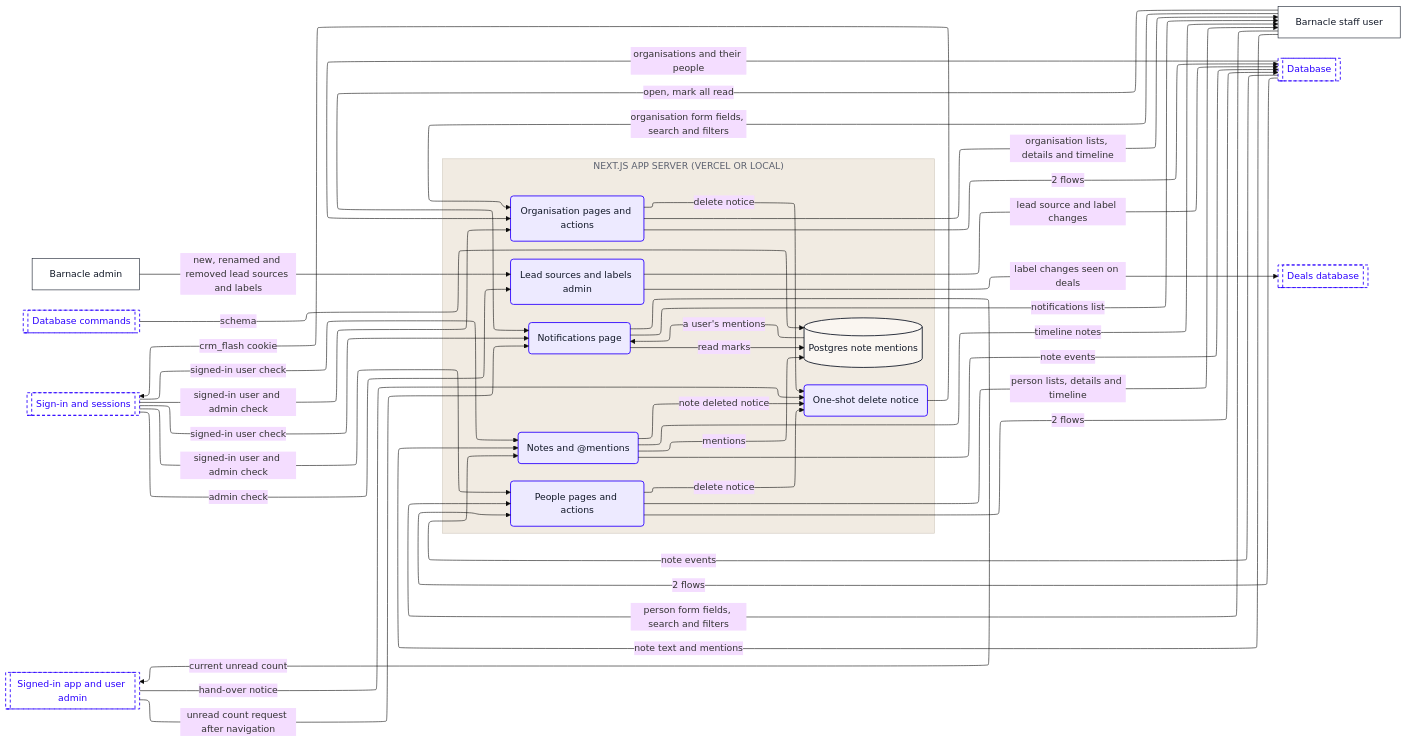
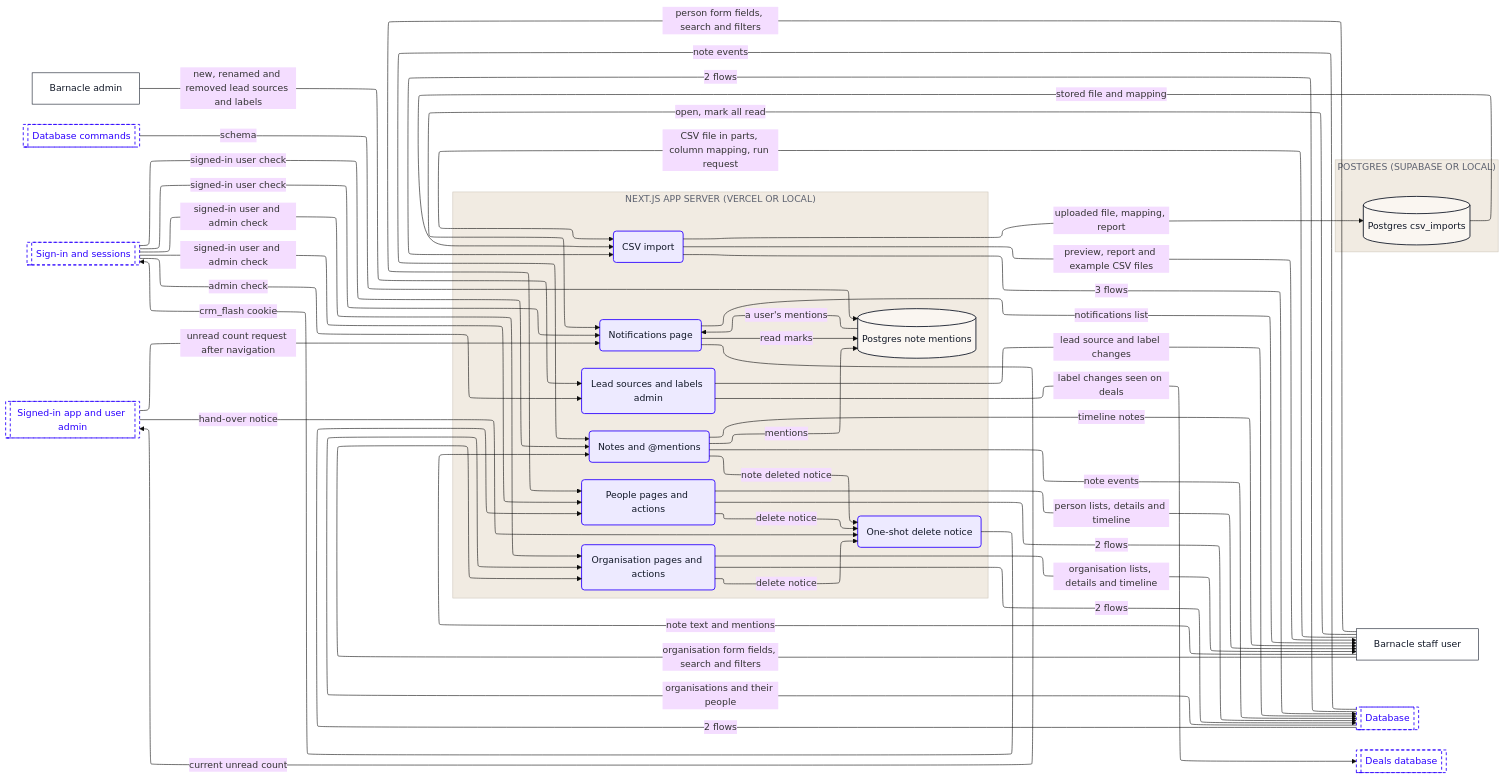
One commit to Romain-Perche/Barnacle-Pipe changed the seventh of 10 diagrams in dataflow/DATAFLOW.md. Above: the diagram before and after it, drawn with Mermaid (base theme). The commit also changed other lines of this file and 7 other files, not shown here.

````diff
--- a/dataflow/DATAFLOW.md
+++ b/dataflow/DATAFLOW.md
@@ -345,67 +346,78 @@
 ```mermaid
 ---
 config:
   layout: elk
 ---
 flowchart LR
     n1["Barnacle admin"]
     n2["Barnacle staff user"]
     subgraph z1["NEXT.JS APP SERVER (VERCEL OR LOCAL)"]
         n3("Lead sources and labels admin")
-        n4[("Postgres note mentions")]
-        n5("Notes and @mentions")
-        n6("Notifications page")
-        n7("Organisation pages and actions")
-        n8("People pages and actions")
-        n9("One-shot delete notice")
+        n4("CSV import")
+        n5[("Postgres note mentions")]
+        n6("Notes and @mentions")
+        n7("Notifications page")
+        n8("Organisation pages and actions")
+        n9("People pages and actions")
+        n10("One-shot delete notice")
     end
-    n10[["Database"]]
-    n11[["Database commands"]]
-    n12[["Deals database"]]
-    n13[["Sign-in and sessions"]]
-    n14[["Signed-in app and user admin"]]
+    subgraph z2["POSTGRES (SUPABASE OR LOCAL)"]
+        n11[("Postgres csv_imports")]
+    end
+    n12[["Database"]]
+    n13[["Database commands"]]
+    n14[["Deals database"]]
+    n15[["Sign-in and sessions"]]
+    n16[["Signed-in app and user admin"]]
     n1 -->|"new, renamed and removed lead sources and labels"| n3
-    n14 -->|"unread count request after navigation"| n6
-    n3 -->|"lead source and label changes"| n10
-    n3 -->|"label changes seen on deals"| n12
-    n10 -->|"2 flows"| n8
-    n11 -->|"schema"| n4
-    n4 -->|"a user's mentions"| n6
-    n5 -->|"mentions"| n4
-    n5 -->|"note deleted notice"| n9
-    n5 -->|"timeline notes"| n2
-    n5 -->|"note events"| n10
-    n6 -->|"current unread count"| n14
-    n6 -->|"read marks"| n4
-    n6 -->|"notifications list"| n2
-    n7 -->|"2 flows"| n10
-    n7 -->|"delete notice"| n9
-    n7 -->|"organisation lists, details and timeline"| n2
-    n10 -->|"organisations and their people"| n7
-    n8 -->|"2 flows"| n10
-    n8 -->|"delete notice"| n9
-    n8 -->|"person lists, details and timeline"| n2
-    n9 -->|"crm_flash cookie"| n13
-    n13 -->|"admin check"| n3
-    n13 -->|"signed-in user check"| n5
-    n13 -->|"signed-in user check"| n6
-    n13 -->|"signed-in user and admin check"| n7
-    n13 -->|"signed-in user and admin check"| n8
-    n2 -->|"note text and mentions"| n5
-    n2 -->|"open, mark all read"| n6
-    n2 -->|"organisation form fields, search and filters"| n7
-    n2 -->|"person form fields, search and filters"| n8
-    n10 -->|"note events"| n5
-    n14 -->|"hand-over notice"| n9
+    n16 -->|"unread count request after navigation"| n7
+    n3 -->|"lead source and label changes"| n12
+    n3 -->|"label changes seen on deals"| n14
+    n12 -->|"2 flows"| n4
+    n12 -->|"2 flows"| n9
+    n4 -->|"uploaded file, mapping, report"| n11
+    n4 -->|"3 flows"| n12
+    n4 -->|"preview, report and example CSV files"| n2
+    n11 -->|"stored file and mapping"| n4
+    n13 -->|"schema"| n5
+    n5 -->|"a user's mentions"| n7
+    n6 -->|"mentions"| n5
+    n6 -->|"note deleted notice"| n10
+    n6 -->|"timeline notes"| n2
+    n6 -->|"note events"| n12
+    n7 -->|"current unread count"| n16
+    n7 -->|"read marks"| n5
+    n7 -->|"notifications list"| n2
+    n8 -->|"2 flows"| n12
+    n8 -->|"delete notice"| n10
+    n8 -->|"organisation lists, details and timeline"| n2
+    n12 -->|"organisations and their people"| n8
+    n9 -->|"2 flows"| n12
+    n9 -->|"delete notice"| n10
+    n9 -->|"person lists, details and timeline"| n2
+    n10 -->|"crm_flash cookie"| n15
+    n15 -->|"admin check"| n3
+    n15 -->|"signed-in user check"| n6
+    n15 -->|"signed-in user check"| n7
+    n15 -->|"signed-in user and admin check"| n8
+    n15 -->|"signed-in user and admin check"| n9
+    n2 -->|"CSV file in parts, column mapping, run request"| n4
+    n2 -->|"note text and mentions"| n6
+    n2 -->|"open, mark all read"| n7
+    n2 -->|"organisation form fields, search and filters"| n8
+    n2 -->|"person form fields, search and filters"| n9
+    n12 -->|"note events"| n6
+    n16 -->|"hand-over notice"| n10
     classDef actor fill:#FFFFFF,stroke:#111827,stroke-width:1px,color:#111827
     classDef process fill:#EDEAFF,stroke:#2B00FF,stroke-width:1.5px,color:#111827
     classDef store fill:#FAF6F1,stroke:#111827,stroke-width:1.5px,color:#111827
     classDef zone fill:#1A1A1A,stroke:#1A1A1A,color:#FFFFFF
     classDef group fill:#2B00FF,stroke:#2B00FF,color:#FFFFFF
     classDef stub fill:#FFFFFF,stroke:#2B00FF,stroke-width:1.5px,stroke-dasharray:5 4,color:#2B00FF
     class n1,n2 actor
-    class n3,n5,n6,n7,n8,n9 process
-    class n4 store
-    class n10,n11,n12,n13,n14 stub
+    class n3,n4,n6,n7,n8,n9,n10 process
+    class n5,n11 store
+    class n12,n13,n14,n15,n16 stub
     style z1 fill:#F1EBE2,stroke:#CFC7BB,color:#5D6270
+    style z2 fill:#F1EBE2,stroke:#CFC7BB,color:#5D6270
 ```
````
